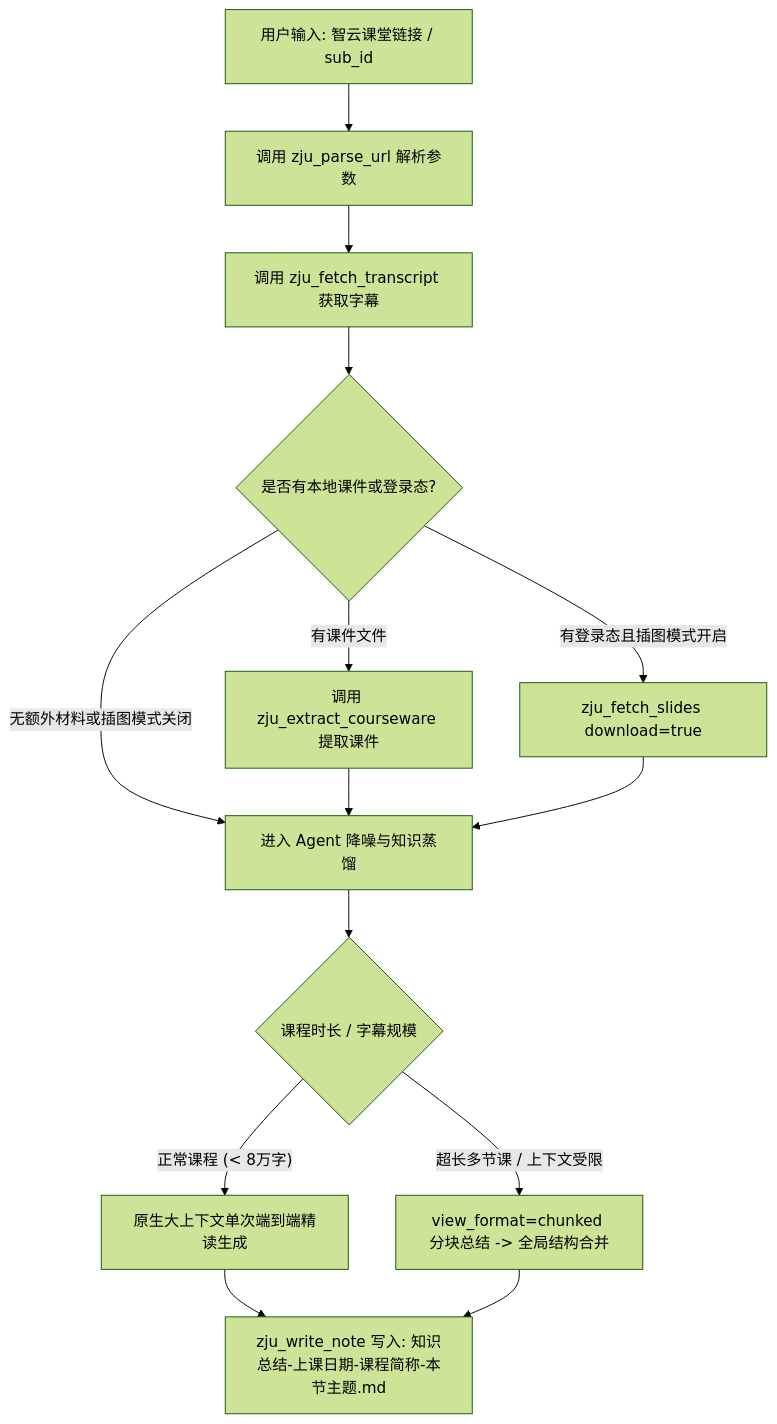
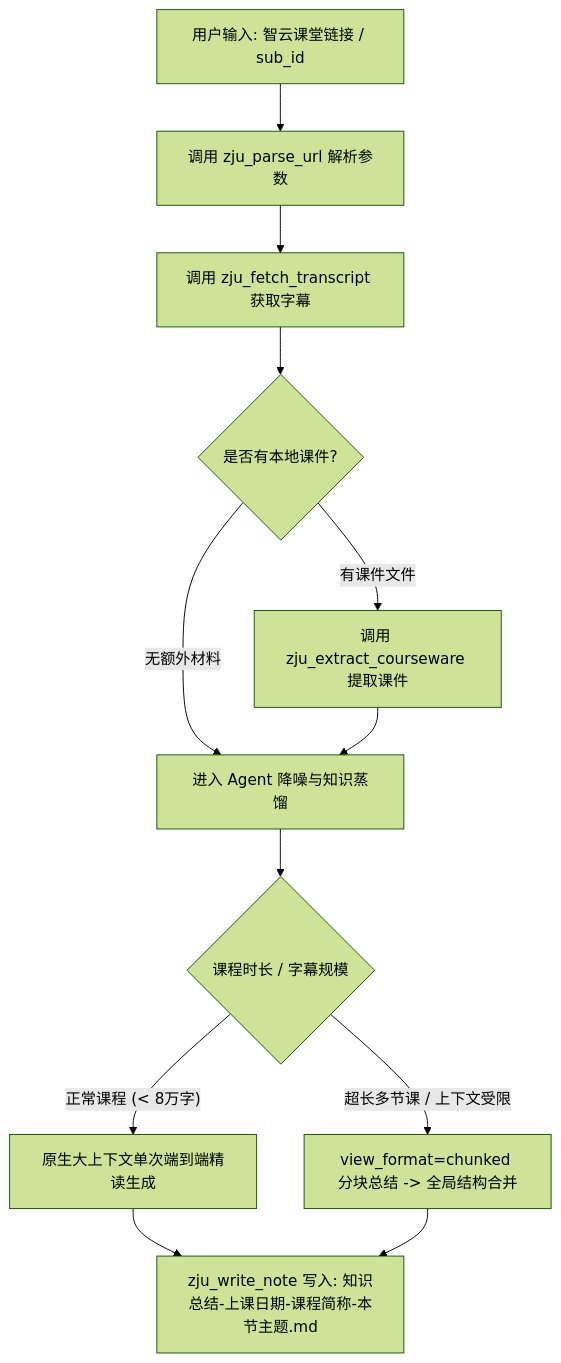
One commit to chenqianyu486-sys/dsh-zju-lecture-note changed the diagram in skills/zju-lecture-summarizer/SKILL.md. Above: the diagram before and after it, drawn with Mermaid (forest theme). The commit also changed other lines of this file and 24 other files, not shown here.

First line of the commit message:
feat(settings): 投影抓取解耦与 dsh 图形化开关 (v1.5.1)

````diff
--- a/skills/zju-lecture-summarizer/SKILL.md
+++ b/skills/zju-lecture-summarizer/SKILL.md
@@ -33,16 +35,14 @@
 ```mermaid
 flowchart TD
     A[用户输入: 智云课堂链接 / sub_id] --> B[调用 zju_parse_url 解析参数]
     B --> C[调用 zju_fetch_transcript 获取字幕]
-    C --> D{是否有本地课件或登录态?}
+    C --> D{是否有本地课件?}
     D -- 有课件文件 --> E1[调用 zju_extract_courseware 提取课件]
-    D -- 有登录态且插图模式开启 --> E2[zju_fetch_slides download=true]
-    D -- 无额外材料或插图模式关闭 --> F[进入 Agent 降噪与知识蒸馏]
+    D -- 无额外材料 --> F[进入 Agent 降噪与知识蒸馏]
     E1 --> F
-    E2 --> F
     F --> G{课程时长 / 字幕规模}
     G -- 正常课程 (< 8万字) --> H1[原生大上下文单次端到端精读生成]
     G -- 超长多节课 / 上下文受限 --> H2[view_format=chunked 分块总结 -> 全局结构合并]
     H1 --> I[zju_write_note 写入: 知识总结-上课日期-课程简称-本节主题.md]
     H2 --> I
 ```
````
